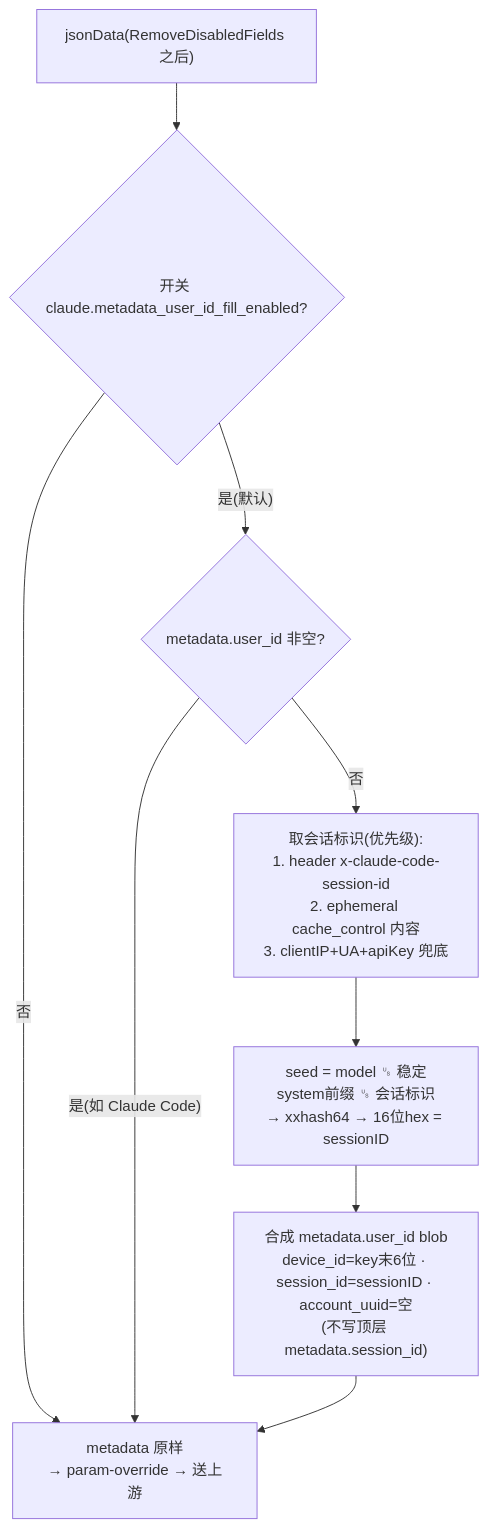
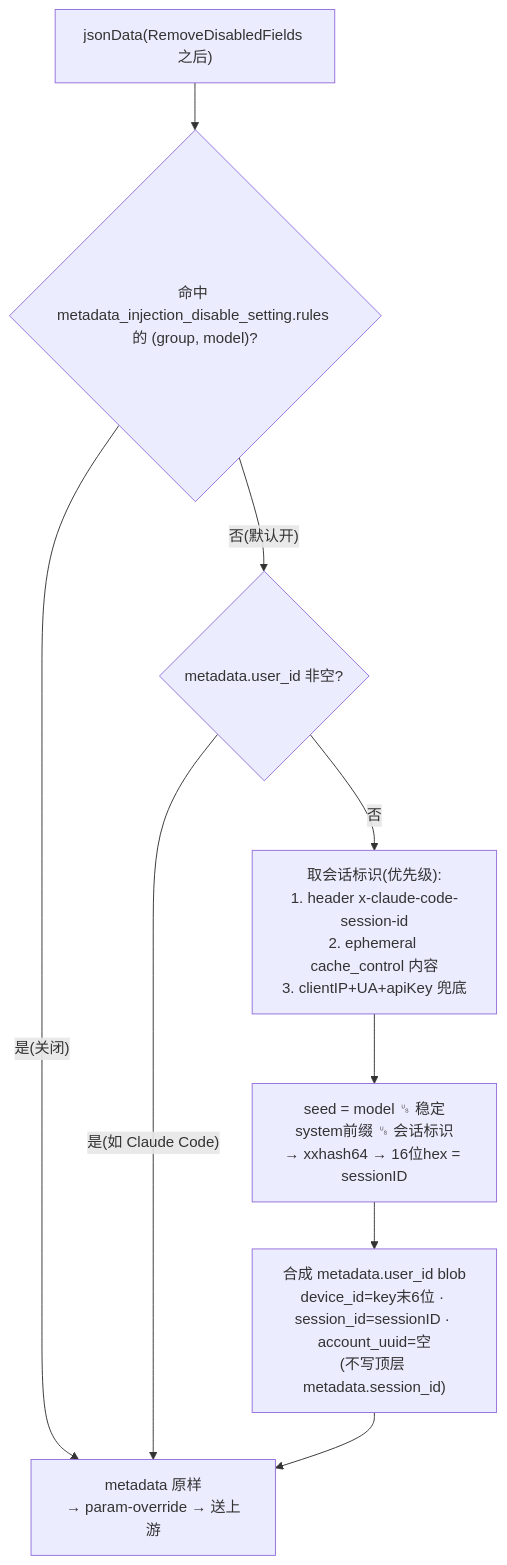
One commit to azd1996/new-api changed the second of 2 diagrams in docs/claude-metadata-session-injection.md. Above: the diagram before and after it, drawn with Mermaid. The commit also changed other lines of this file and 6 other files, not shown here.

Commit message:
feat(claude): better metadata/cachettl option

````diff
--- a/docs/claude-metadata-session-injection.md
+++ b/docs/claude-metadata-session-injection.md
@@ -67,11 +81,11 @@
 ```mermaid
 flowchart TD
-    S["jsonData(RemoveDisabledFields 之后)"] --> Q0{"开关 claude.metadata_user_id_fill_enabled?"}
-    Q0 -- "否" --> OUT["metadata 原样<br/>→ param-override → 送上游"]
-    Q0 -- "是(默认)" --> Q1{"metadata.user_id 非空?"}
+    S["jsonData(RemoveDisabledFields 之后)"] --> Q0{"命中 metadata_injection_disable_setting.rules 的 (group, model)?"}
+    Q0 -- "是(关闭)" --> OUT["metadata 原样<br/>→ param-override → 送上游"]
+    Q0 -- "否(默认开)" --> Q1{"metadata.user_id 非空?"}
     Q1 -- "是(如 Claude Code)" --> OUT
     Q1 -- "否" --> D1["取会话标识(优先级):<br/>1. header x-claude-code-session-id<br/>2. ephemeral cache_control 内容<br/>3. clientIP+UA+apiKey 兜底"]
     D1 --> D2["seed = model ␟ 稳定system前缀 ␟ 会话标识<br/>→ xxhash64 → 16位hex = sessionID"]
     D2 --> U["合成 metadata.user_id blob<br/>device_id=key末6位 · session_id=sessionID · account_uuid=空<br/>(不写顶层 metadata.session_id)"]
     U --> OUT
 ```
````
